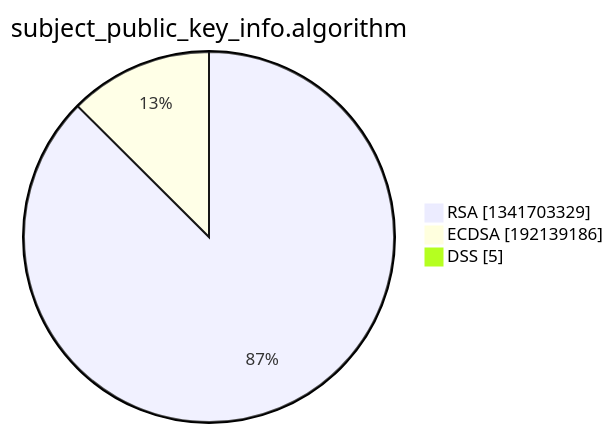
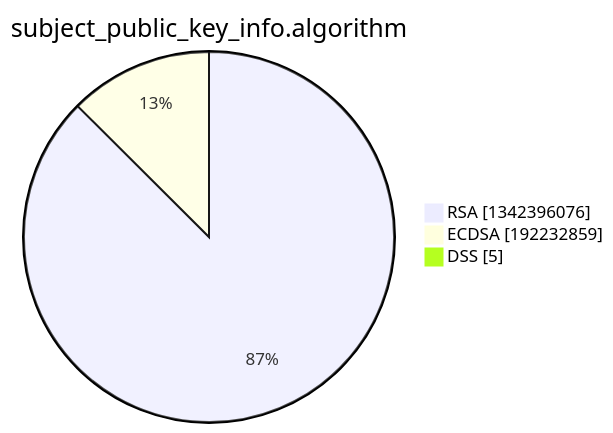
The third of 15 diagrams in xenon2022/README.md (christiankrug/ctmonitor_visualization), drawn with Mermaid before and after one commit. The commit also changed other lines of this file, not shown here.

````diff
--- a/xenon2022/README.md
+++ b/xenon2022/README.md
@@ -14,7 +14,7 @@
 ```mermaid
 pie showData
 title subject_public_key_info.algorithm
-"RSA" :1341703329
-"ECDSA" :192139186
+"RSA" :1342396076
+"ECDSA" :192232859
 "DSS" :5
 ```
````
